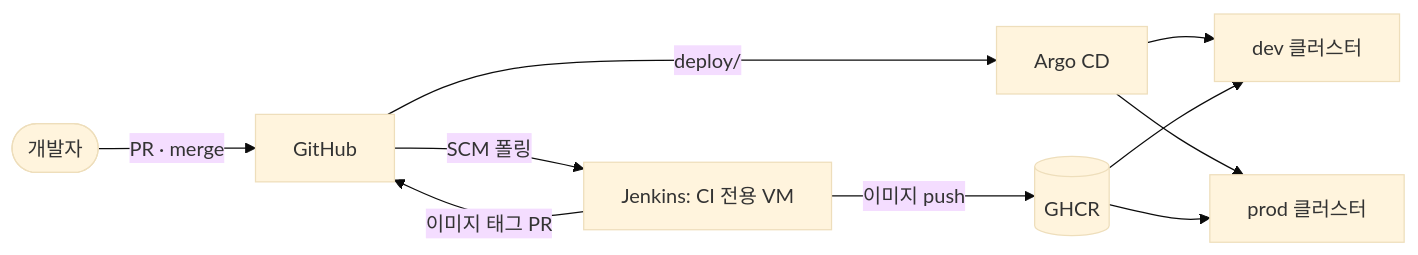
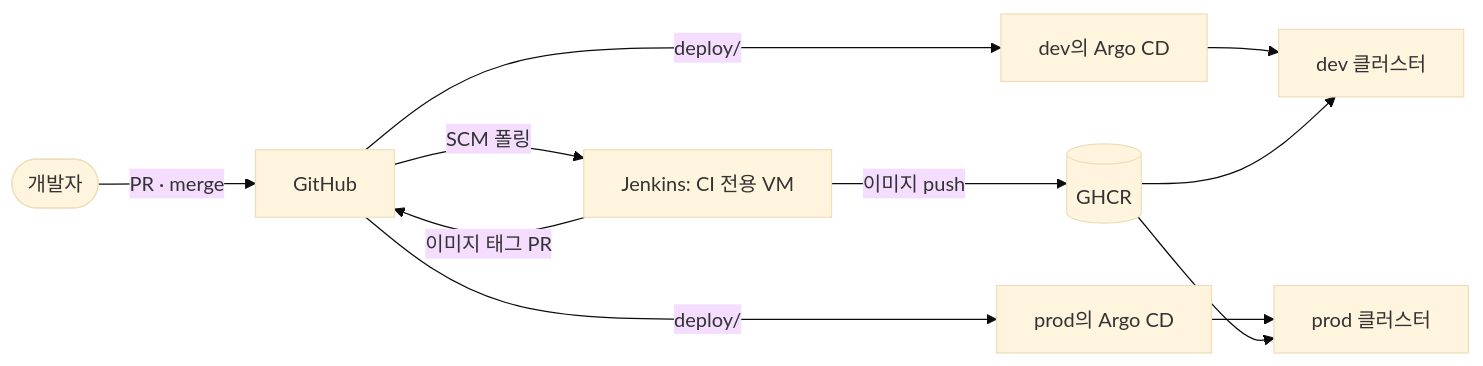
Before and after one commit to ktcloud-cloudnative-2026/team03-HelloCloud: the fifth of 5 diagrams in docs/architecture.md, drawn with Mermaid (base theme). The commit also changed other lines of this file and 4 other files, not shown here.

````diff
--- a/docs/architecture.md
+++ b/docs/architecture.md
@@ -77,12 +141,13 @@
 ```mermaid
 flowchart LR
   dev([개발자]) -->|PR · merge| gh[GitHub]
   gh -->|SCM 폴링| jk[Jenkins: CI 전용 VM]
   jk -->|이미지 push| reg[(GHCR)]
   jk -->|이미지 태그 PR| gh
-  gh -->|deploy/| argo[Argo CD]
-  argo --> cdev[dev 클러스터]
-  argo --> cprod[prod 클러스터]
+  gh -->|deploy/| adev[dev의 Argo CD]
+  gh -->|deploy/| aprod[prod의 Argo CD]
+  adev --> cdev[dev 클러스터]
+  aprod --> cprod[prod 클러스터]
   reg --> cdev
   reg --> cprod
 ```
````
